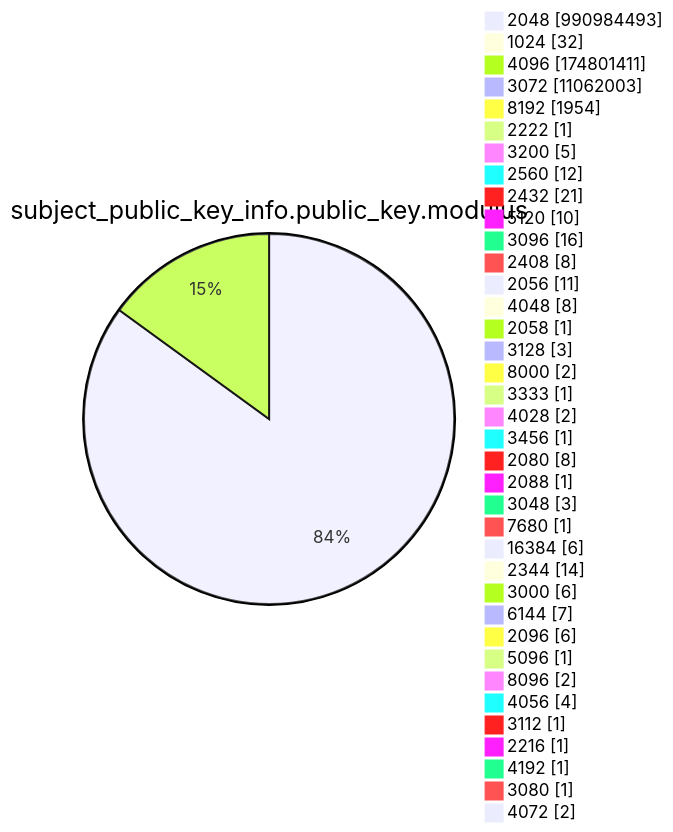
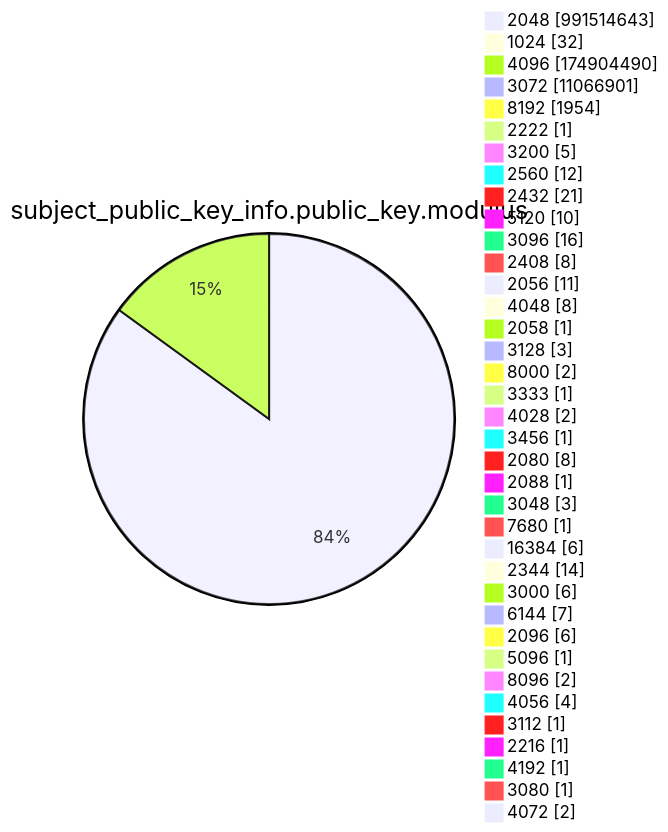
Before and after one commit to christiankrug/ctmonitor_visualization: diagram 13 of 15 in argon2022/README.md, drawn with Mermaid. The commit also changed other lines of this file, not shown here.

````diff
--- a/argon2022/README.md
+++ b/argon2022/README.md
@@ -3587,41 +3587,41 @@
 ```mermaid
 pie showData
 title subject_public_key_info.public_key.modulus
-"2048" :990984493
+"2048" :991514643
 "1024" :32
-"4096" :174801411
-"3072" :11062003
+"4096" :174904490
+"3072" :11066901
 "8192" :1954
 "2222" :1
 "3200" :5
 "2560" :12
 "2432" :21
 "5120" :10
 "3096" :16
 "2408" :8
 "2056" :11
 "4048" :8
 "2058" :1
 "3128" :3
 "8000" :2
 "3333" :1
 "4028" :2
 "3456" :1
 "2080" :8
 "2088" :1
 "3048" :3
 "7680" :1
 "16384" :6
 "2344" :14
 "3000" :6
 "6144" :7
 "2096" :6
 "5096" :1
 "8096" :2
 "4056" :4
 "3112" :1
 "2216" :1
 "4192" :1
 "3080" :1
 "4072" :2
 ```
````
